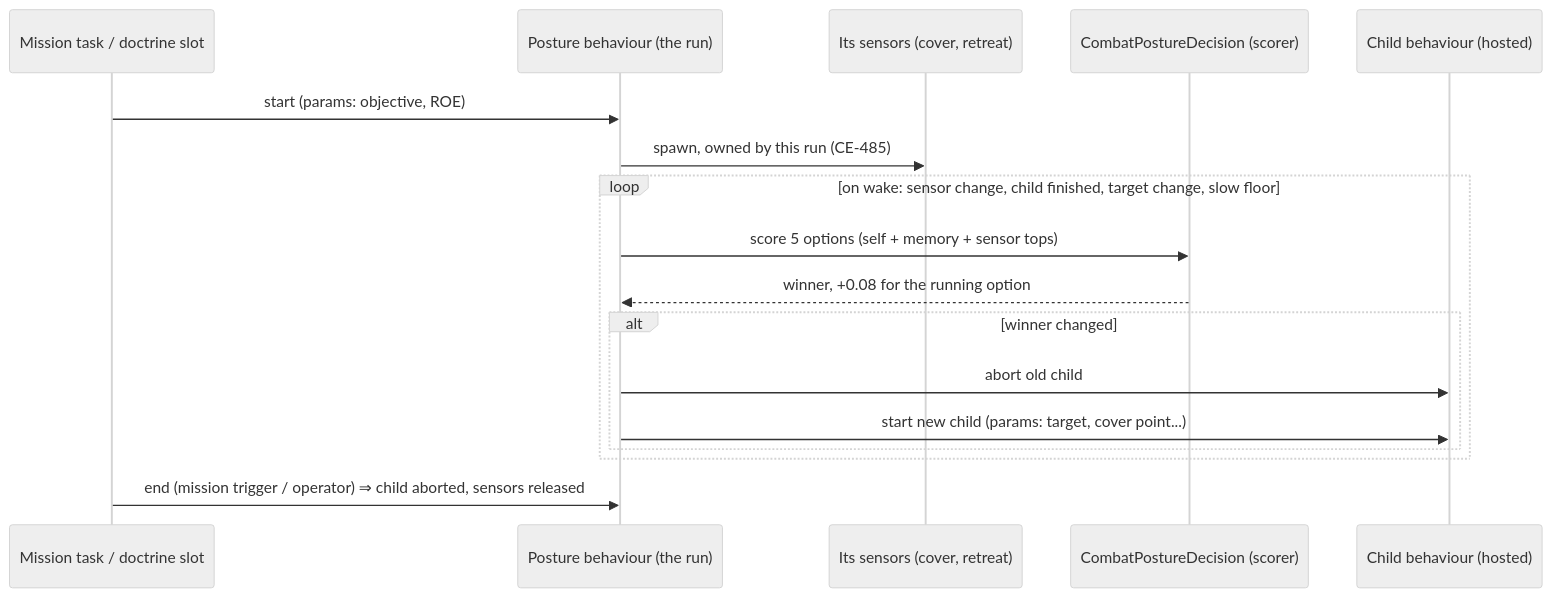
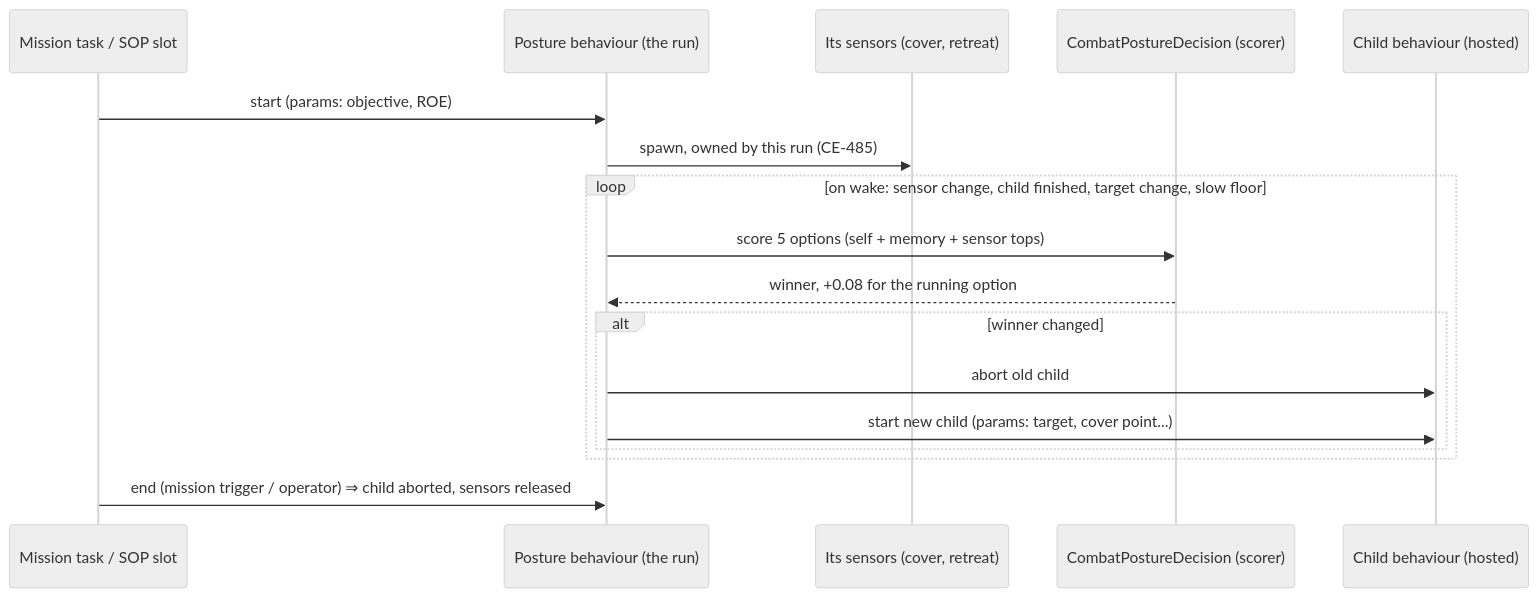
Before and after one commit to pjanec/HROT: the first of 9 diagrams in docs/DESIGN_Decision_Layer.md, drawn with Mermaid (neutral theme). The commit also changed other lines of this file and 5 other files, not shown here.

First line of the commit message:
Rename doctrine → SOP across behaviors docs (R-198); ROE approved (R-200); tasks CE-2074..CE-2081; CE-3043 moved to behaviors; FRAME Addendum 4: answer to backend (CE-502/CE-3042) and the updated work division

````diff
--- a/docs/DESIGN_Decision_Layer.md
+++ b/docs/DESIGN_Decision_Layer.md
@@ -77,19 +77,19 @@
 ```mermaid
 sequenceDiagram
-  participant M as Mission task / doctrine slot
+  participant M as Mission task / SOP slot
   participant U as Posture behaviour (the run)
   participant S as Its sensors (cover, retreat)
   participant D as CombatPostureDecision (scorer)
   participant C as Child behaviour (hosted)
   M->>U: start (params: objective, ROE)
   U->>S: spawn, owned by this run (CE-485)
   loop on wake: sensor change, child finished, target change, slow floor
     U->>D: score 5 options (self + memory + sensor tops)
     D-->>U: winner, +0.08 for the running option
     alt winner changed
       U->>C: abort old child
       U->>C: start new child (params: target, cover point...)
     end
   end
   M->>U: end (mission trigger / operator) ⇒ child aborted, sensors released
 ```
````
